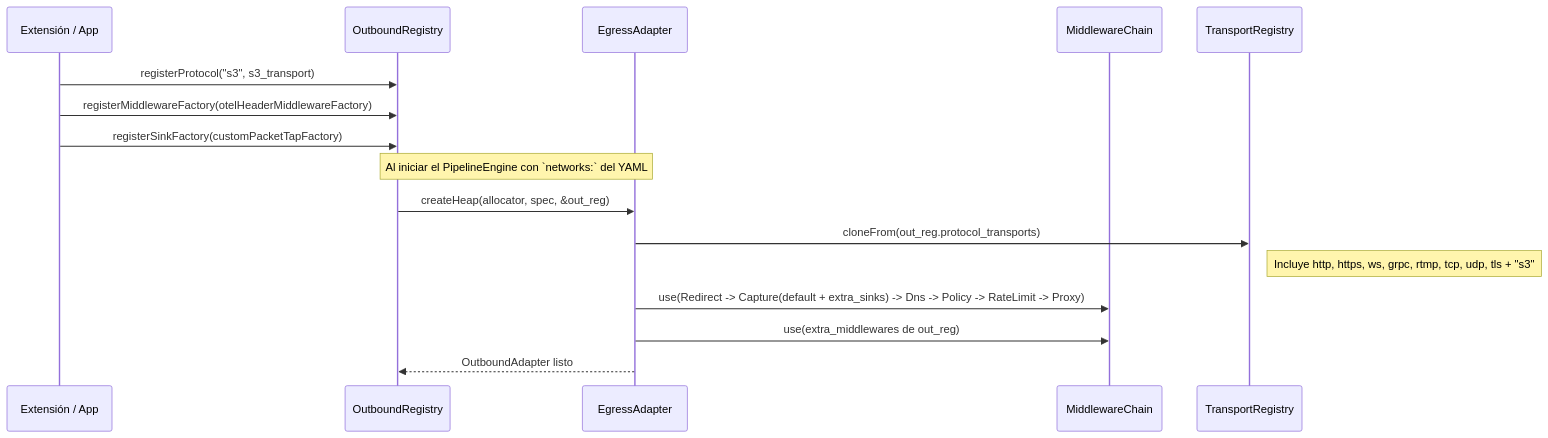
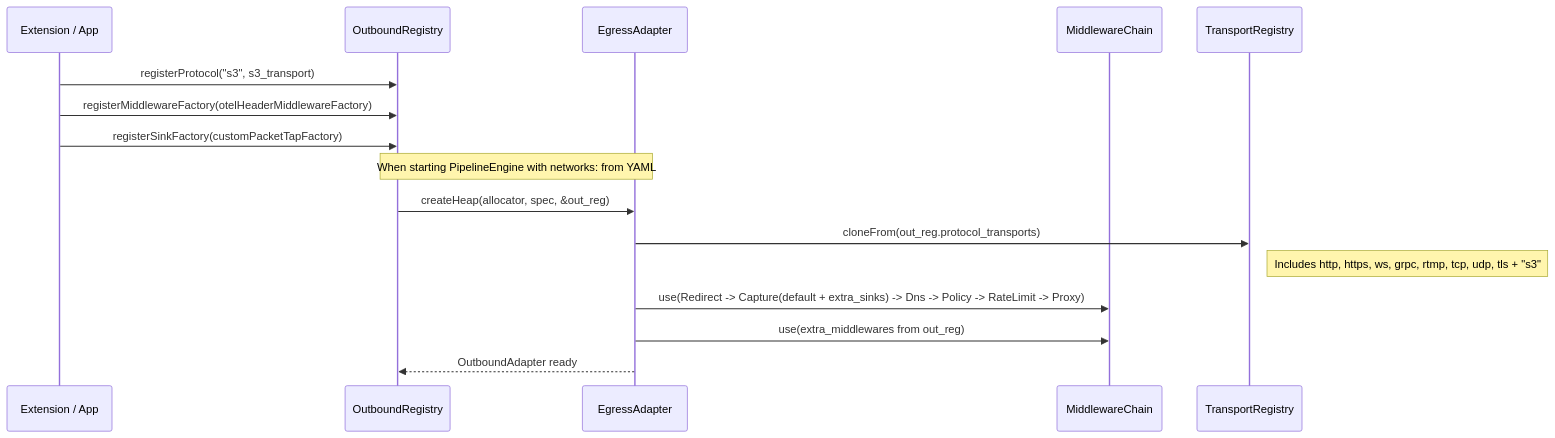
Before and after one commit to g-gar/vidsec: the third of 3 diagrams in docs/development/001-transport-layer-unification.md, drawn with Mermaid. The commit also changed other lines of this file and 6 other files, not shown here.

````diff
--- a/docs/development/001-transport-layer-unification.md
+++ b/docs/development/001-transport-layer-unification.md
@@ -142,20 +142,20 @@
 ```mermaid
 sequenceDiagram
-    participant Ext as Extensión / App
+    participant Ext as Extension / App
     participant OutReg as OutboundRegistry
     participant Adapter as EgressAdapter
     participant Chain as MiddlewareChain
     participant TReg as TransportRegistry
 
     Ext->>OutReg: registerProtocol("s3", s3_transport)
     Ext->>OutReg: registerMiddlewareFactory(otelHeaderMiddlewareFactory)
     Ext->>OutReg: registerSinkFactory(customPacketTapFactory)
 
-    Note over OutReg,Adapter: Al iniciar el PipelineEngine con `networks:` del YAML
+    Note over OutReg,Adapter: When starting PipelineEngine with networks: from YAML
     OutReg->>Adapter: createHeap(allocator, spec, &out_reg)
     Adapter->>TReg: cloneFrom(out_reg.protocol_transports)
-    Note right of TReg: Incluye http, https, ws, grpc, rtmp, tcp, udp, tls + "s3"
+    Note right of TReg: Includes http, https, ws, grpc, rtmp, tcp, udp, tls + "s3"
     Adapter->>Chain: use(Redirect -> Capture(default + extra_sinks) -> Dns -> Policy -> RateLimit -> Proxy)
-    Adapter->>Chain: use(extra_middlewares de out_reg)
-    Adapter-->>OutReg: OutboundAdapter listo
+    Adapter->>Chain: use(extra_middlewares from out_reg)
+    Adapter-->>OutReg: OutboundAdapter ready
 ```
````
